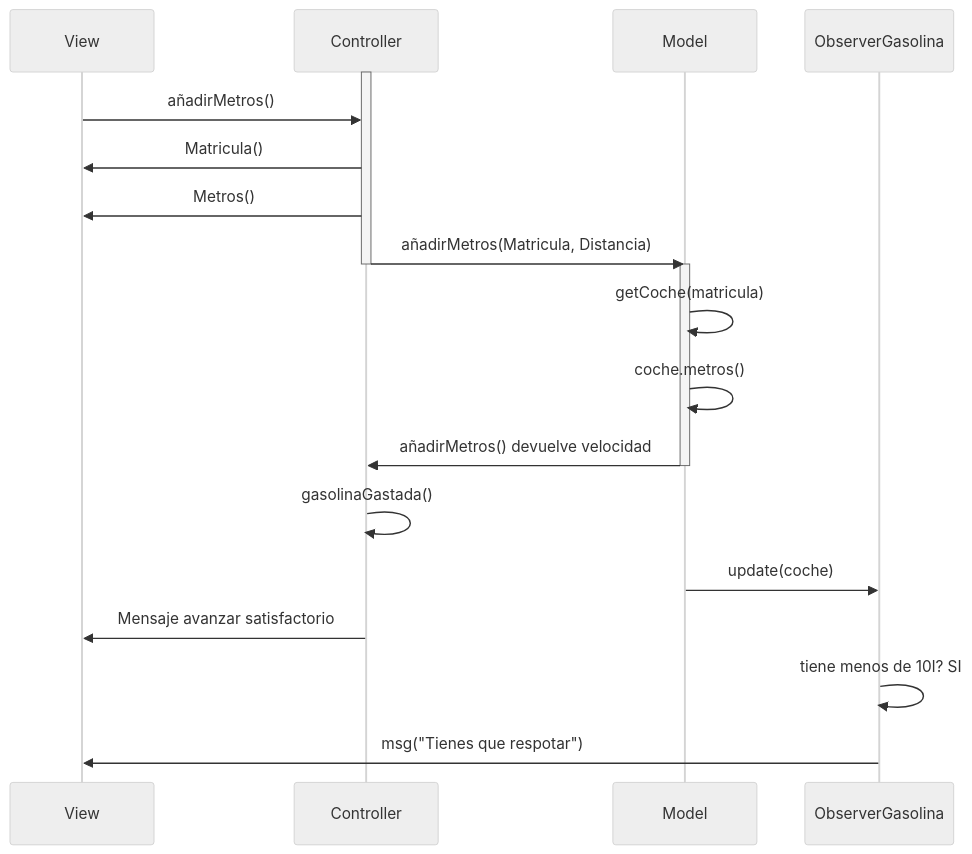
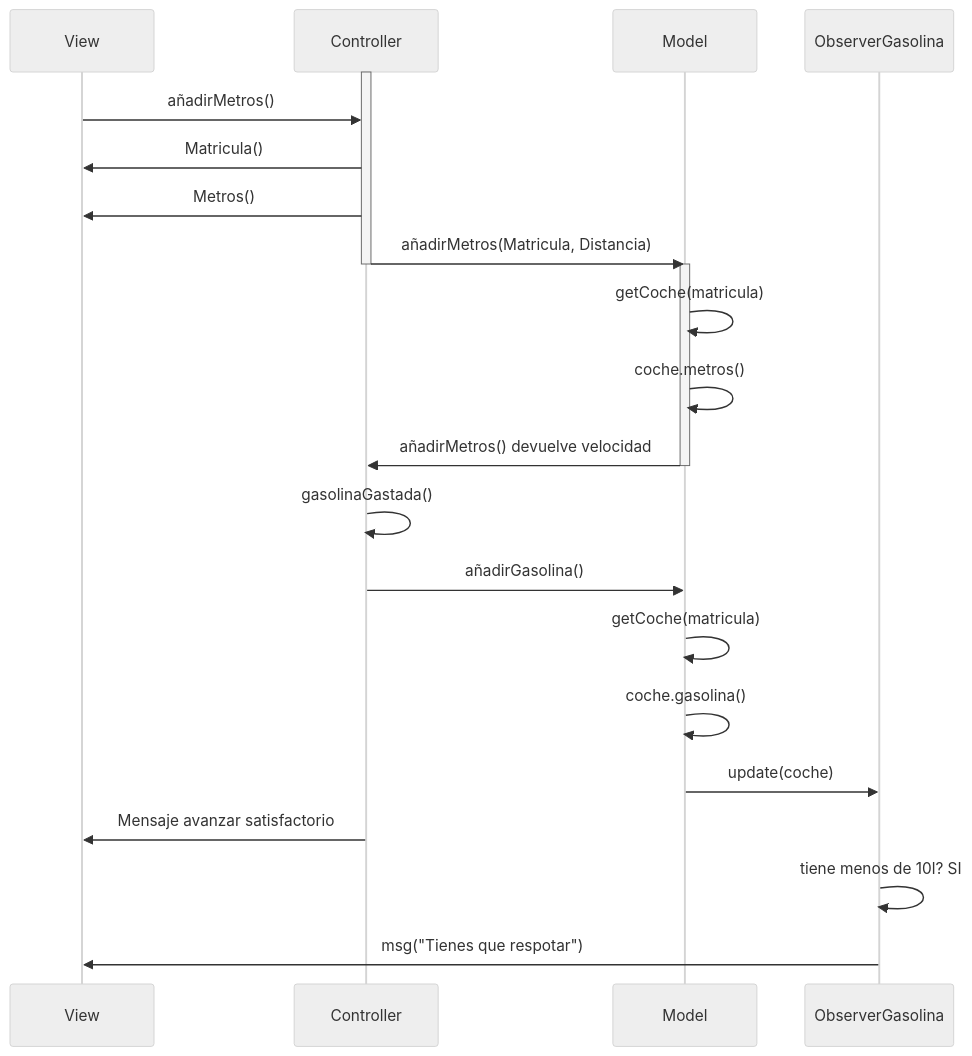
Before and after one commit to AlexandreSinisterra/COD-Coches: the diagram in README.md, drawn with Mermaid (neutral theme).

Commit message:
readme prueba1

````diff
--- a/README.md
+++ b/README.md
@@ -3,25 +3,28 @@
 ```mermaid
 
 sequenceDiagram
     participant View
     participant Controller
     participant Model
     participant ObserverGasolina
     activate Controller
     View ->> Controller: añadirMetros()
     Controller ->> View: Matricula()
     Controller ->> View: Metros()
     Controller ->> Model: añadirMetros(Matricula, Distancia)
     deactivate Controller
     activate Model
     Model ->> Model: getCoche(matricula)
     Model ->> Model: coche.metros()
     Model ->> Controller: añadirMetros() devuelve velocidad
     deactivate Model
     Controller ->> Controller: gasolinaGastada()
+    Controller ->> Model: añadirGasolina()
+    Model ->> Model: getCoche(matricula)
+    Model ->> Model: coche.gasolina()
     Model ->> ObserverGasolina: update(coche)
     Controller ->> View: Mensaje avanzar satisfactorio
     ObserverGasolina ->> ObserverGasolina: tiene menos de 10l? SI
     ObserverGasolina ->> View: msg("Tienes que respotar")
     
 ```
````
